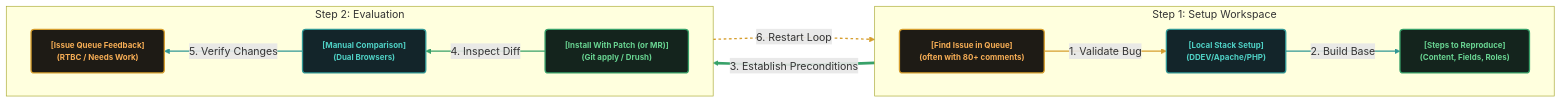
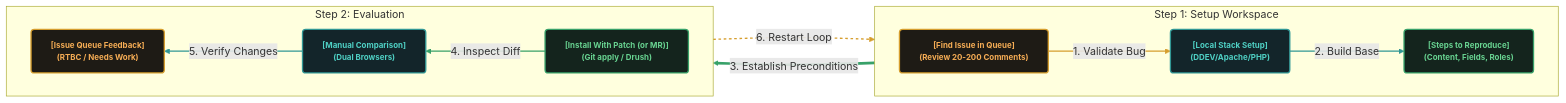
Before and after one commit to mgifford/mermaid-graphs: the first of 2 diagrams in Drupal-issue-queue.md, drawn with Mermaid.

````diff
--- a/Drupal-issue-queue.md
+++ b/Drupal-issue-queue.md
@@ -5,43 +5,43 @@
 ```mermaid
 flowchart LR
     %% Define Global Styles
     classDef phaseBox fill:#1e1b15,stroke:#D69E2E,stroke-width:2px,color:#F6AD55,font-size:12px,font-weight:bold,rx:5px,ry:5px;
     classDef phaseBoxCyan fill:#13252a,stroke:#319795,stroke-width:2px,color:#4FD1C5,font-size:12px,font-weight:bold,rx:5px,ry:5px;
     classDef phaseBoxGreen fill:#14241d,stroke:#38A169,stroke-width:2px,color:#68D391,font-size:12px,font-weight:bold,rx:5px,ry:5px;
 
     %% ROW 1 (Setup Workspace): Left-to-Right Horizontal Group
     subgraph Row1 [Step 1: Setup Workspace]
         direction LR
-        Node1["[Find Issue in Queue]<br/>(often with 80+ comments)"]:::phaseBox
+        Node1["[Find Issue in Queue]<br/>(Review 20-200 Comments)"]:::phaseBox
         Node2["[Local Stack Setup]<br/>(DDEV/Apache/PHP)"]:::phaseBoxCyan
         Node3["[Steps to Reproduce]<br/>(Content, Fields, Roles)"]:::phaseBoxGreen
 
         Node1 -->|1. Validate Bug| Node2
         Node2 -->|2. Build Base| Node3
     end
 
     %% Step down transition between Row 1 and Row 2
     Node3 ==>|3. Establish Preconditions| Node4
 
     %% ROW 2 (Evaluation): Right-to-Left Horizontal Group (reverted to maintain loop)
     subgraph Row2 [Step 2: Evaluation]
         direction RL
         Node6["[Issue Queue Feedback]<br/>(RTBC / Needs Work)"]:::phaseBox
         Node5["[Manual Comparison]<br/>(Dual Browsers)"]:::phaseBoxCyan
         Node4["[Install With Patch (or MR)]<br/>(Git apply / Drush)"]:::phaseBoxGreen
 
         Node4 -->|4. Inspect Diff| Node5
         Node5 -->|5. Verify Changes| Node6
     end
 
     %% Visual feedback loop (Bottom Row back to Top Row)
     Node6 -.->|6. Restart Loop| Node1
 
     %% Styling Connections
     linkStyle 0 stroke:#D69E2E,stroke-width:2px;
     linkStyle 1 stroke:#319795,stroke-width:2px;
     linkStyle 2 stroke:#38A169,stroke-width:4px;
     linkStyle 3 stroke:#38A169,stroke-width:2px;
     linkStyle 4 stroke:#319795,stroke-width:2px;
     linkStyle 5 stroke:#D69E2E,stroke-width:2px,stroke-dasharray: 4 4;
 ```
````
